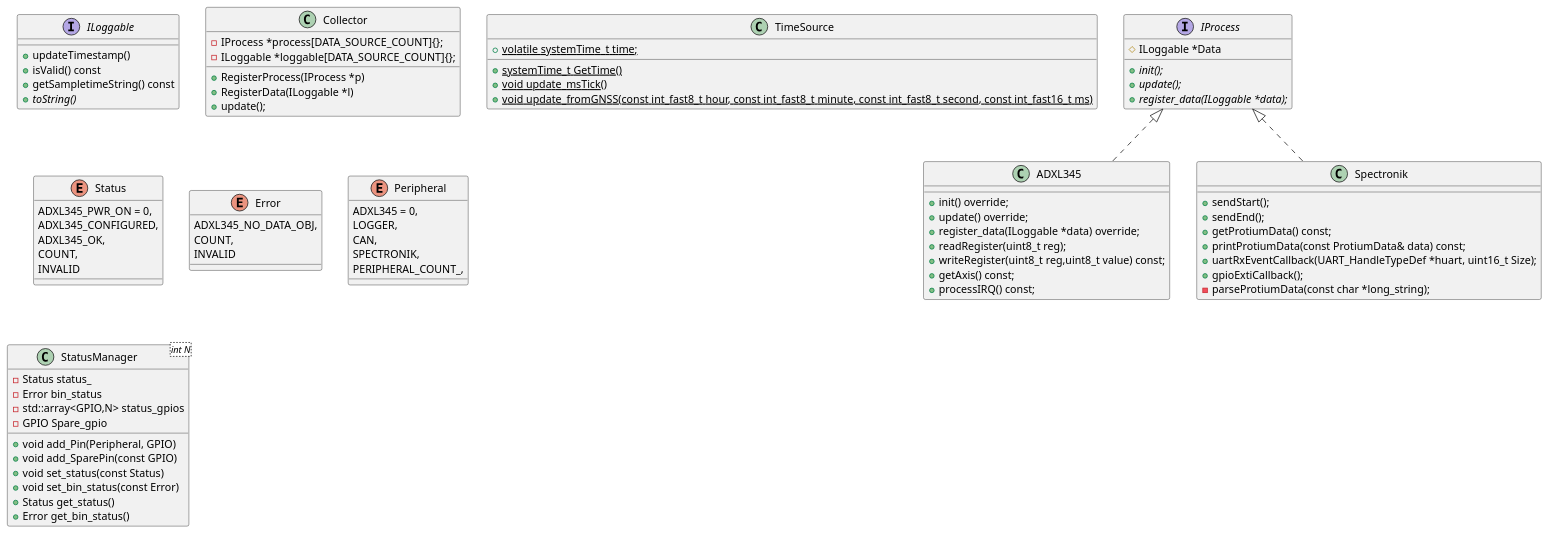
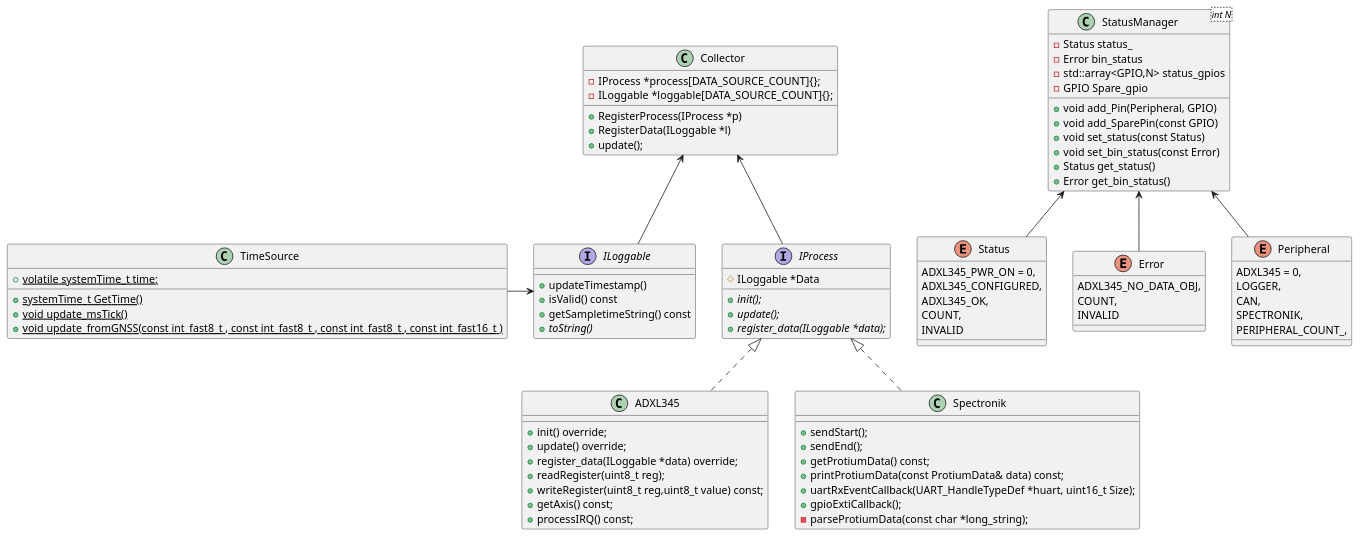
Before and after one commit to Svdwege/wikiWip: the diagram in class_diagram.puml, drawn with PlantUML. The commit also changed 1 other file, not shown here.

Commit message:
docs: extended class_diagram added dependency arrows

```diff
--- a/class_diagram.puml
+++ b/class_diagram.puml
@@ -1,89 +1,97 @@
 @startuml
  
 Interface ILoggable {
     + updateTimestamp() 
     + isValid() const
     + getSampletimeString() const
     {abstract} + toString()
 
 }
 Interface IProcess {
     # ILoggable *Data
     {abstract} + init();
     {abstract} + update();
     {abstract} + register_data(ILoggable *data);
 }
 
 
 class ADXL345 implements IProcess {
     + init() override;
     + update() override;
     + register_data(ILoggable *data) override;
     + readRegister(uint8_t reg);
     + writeRegister(uint8_t reg,uint8_t value) const;
     + getAxis() const;
     + processIRQ() const;
 }
 
 class Spectronik implements IProcess {
     + sendStart();
     + sendEnd();
     + getProtiumData() const;
     + printProtiumData(const ProtiumData& data) const;
     + uartRxEventCallback(UART_HandleTypeDef *huart, uint16_t Size);
     + gpioExtiCallback();
     - parseProtiumData(const char *long_string);
 }
 
 class Collector {
     + RegisterProcess(IProcess *p)
     + RegisterData(ILoggable *l)
     + update();
     - IProcess *process[DATA_SOURCE_COUNT]{};
     - ILoggable *loggable[DATA_SOURCE_COUNT]{};
 }
 
 class TimeSource {
     + {static} systemTime_t GetTime()
     + volatile {static} systemTime_t time;
     + {static} void update_msTick()
-    + {static} void update_fromGNSS(const int_fast8_t hour, const int_fast8_t minute, const int_fast8_t second, const int_fast16_t ms) 
+    + {static} void update_fromGNSS(const int_fast8_t , const int_fast8_t , const int_fast8_t , const int_fast16_t ) 
 }
 
 enum Status {
     ADXL345_PWR_ON = 0,
     ADXL345_CONFIGURED,
     ADXL345_OK,
     COUNT,
     INVALID
 
 }
 
 enum Error {
     ADXL345_NO_DATA_OBJ,
     COUNT,
     INVALID
 }
 
 enum Peripheral {
     ADXL345 = 0,
     LOGGER,
     CAN,
     SPECTRONIK,
     PERIPHERAL_COUNT_,
 }
 
 class StatusManager<int N>{
     + void add_Pin(Peripheral, GPIO)
     + void add_SparePin(const GPIO)
     + void set_status(const Status)
     + void set_bin_status(const Error)
     + Status get_status()
     + Error get_bin_status()
     - Status status_
     - Error bin_status
     - std::array<GPIO,N> status_gpios
     - GPIO Spare_gpio
 }   
 
+StatusManager <-- Peripheral
+StatusManager <-- Error
+StatusManager <-- Status
+
+Collector <-- IProcess
+Collector <-- ILoggable
+TimeSource -> ILoggable
+
 @enduml
```
